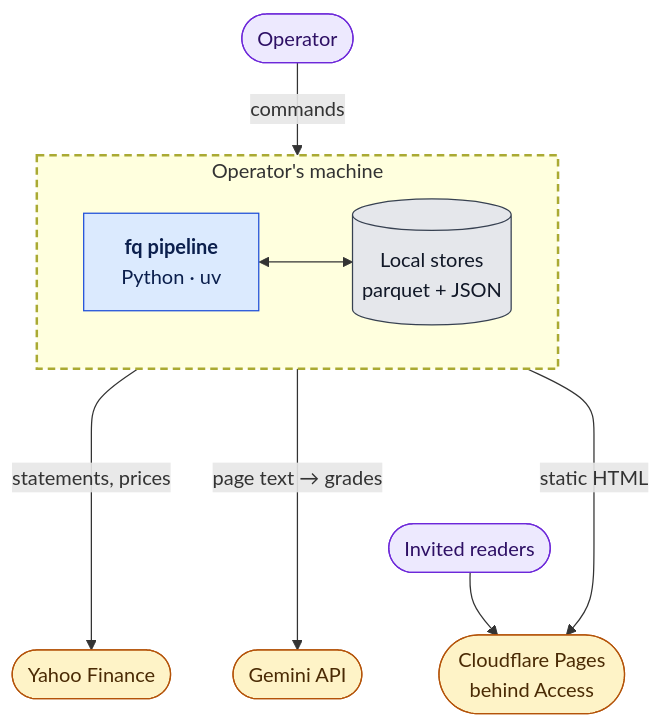
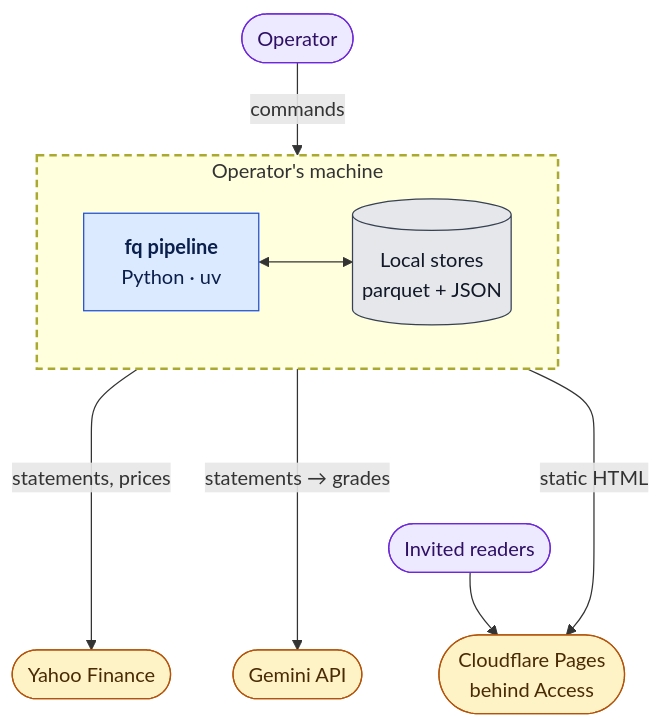
The diagram in README.md (JAlvarezRomario/equity-screening-pipeline), drawn with Mermaid before and after one commit. The commit also changed other lines of this file and 13 other files, not shown here.

````diff
--- a/README.md
+++ b/README.md
@@ -64,22 +64,22 @@
 ```mermaid
 flowchart TB
     OP(["Operator"]) -->|"commands"| FQ
     subgraph M["Operator's machine"]
         direction LR
         FQ["<b>fq pipeline</b><br/>Python · uv"] <--> ST[("Local stores<br/>parquet + JSON")]
     end
     FQ ---->|"statements, prices"| Y(["Yahoo Finance"])
-    FQ ---->|"page text → grades"| G(["Gemini API"])
+    FQ ---->|"statements → grades"| G(["Gemini API"])
     FQ ---->|"static HTML"| CF(["Cloudflare Pages<br/>behind Access"])
     R(["Invited readers"]) --> CF
 
     classDef ext fill:#fef3c7,stroke:#b45309,color:#4a2a04
     classDef pure fill:#dbeafe,stroke:#1d4ed8,color:#0b1f4d
     classDef store fill:#e5e7eb,stroke:#374151,color:#111827
     classDef person fill:#ede9fe,stroke:#6d28d9,color:#2e1065
     class Y,G,CF ext
     class FQ pure
     class ST store
     class OP,R person
     style M stroke-dasharray:6 4,stroke-width:2px
 ```
````
